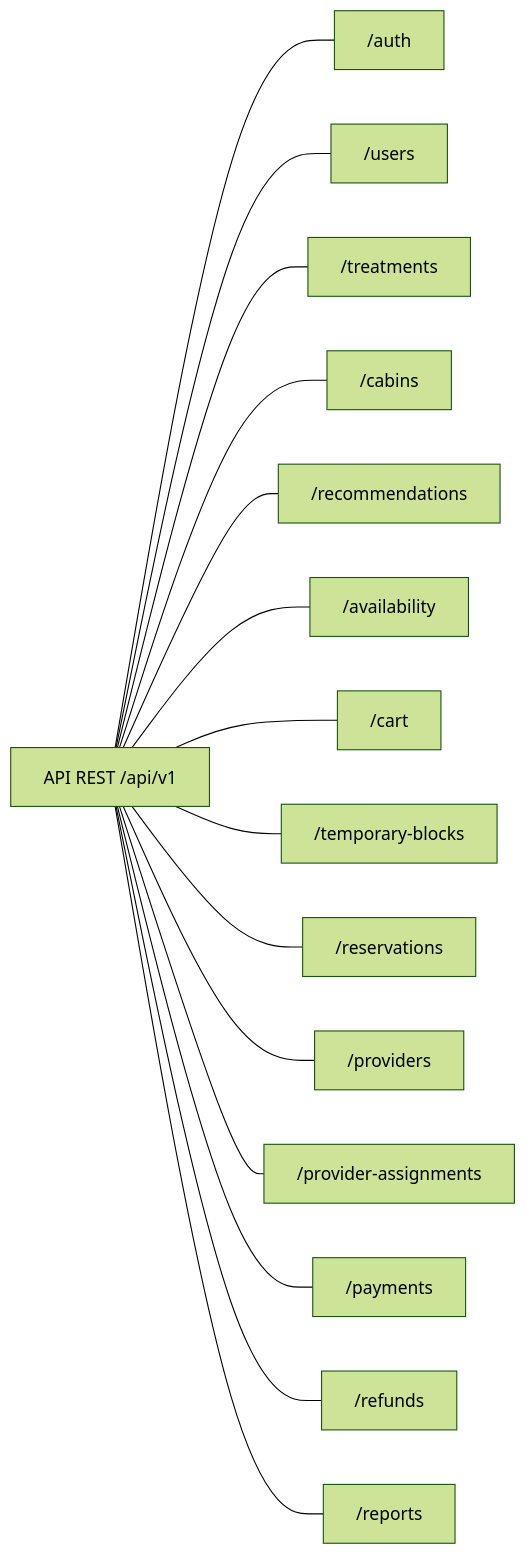
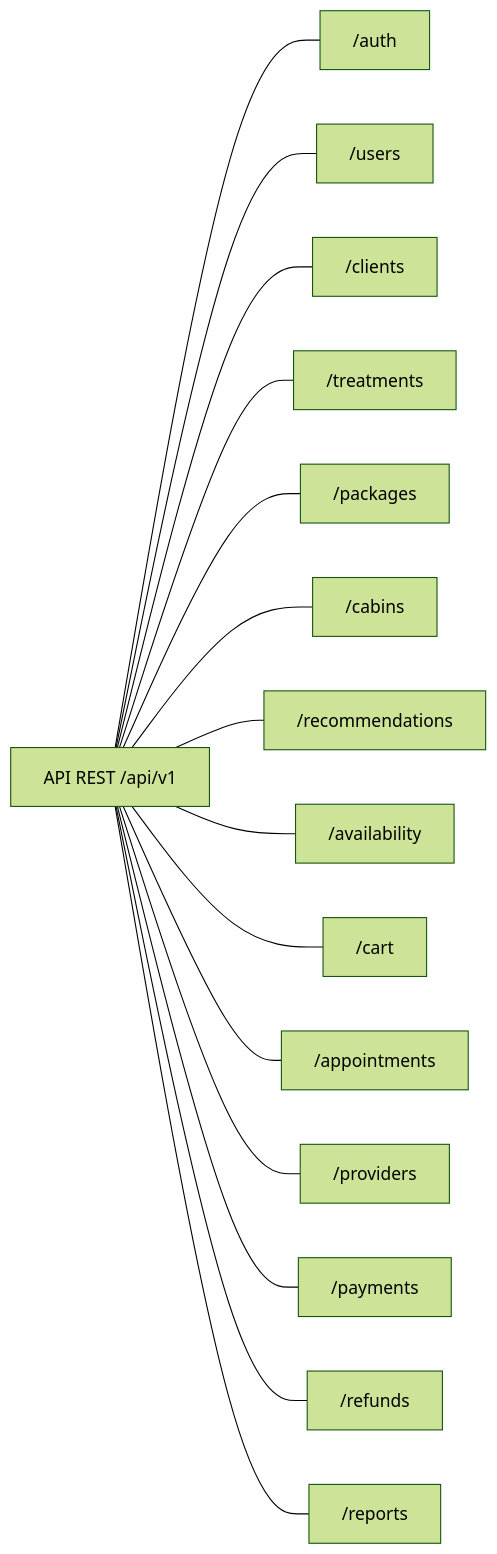
Before and after one commit to GuadalupeOroz/TZISCA: the diagram in docs/diagramas/modulos-api.md, drawn with Mermaid (forest theme). The commit also changed other lines of this file and 27 other files, not shown here.

````diff
--- a/docs/diagramas/modulos-api.md
+++ b/docs/diagramas/modulos-api.md
@@ -5,18 +5,18 @@
 ```mermaid
 flowchart LR
     API["API REST /api/v1"]
     API --- M0["/auth"]
     API --- M1["/users"]
-    API --- M2["/treatments"]
-    API --- M3["/cabins"]
-    API --- M4["/recommendations"]
-    API --- M5["/availability"]
-    API --- M6["/cart"]
-    API --- M7["/temporary-blocks"]
-    API --- M8["/reservations"]
-    API --- M9["/providers"]
-    API --- M10["/provider-assignments"]
+    API --- M2["/clients"]
+    API --- M3["/treatments"]
+    API --- M4["/packages"]
+    API --- M5["/cabins"]
+    API --- M6["/recommendations"]
+    API --- M7["/availability"]
+    API --- M8["/cart"]
+    API --- M9["/appointments"]
+    API --- M10["/providers"]
     API --- M11["/payments"]
     API --- M12["/refunds"]
     API --- M13["/reports"]
 ```
````
